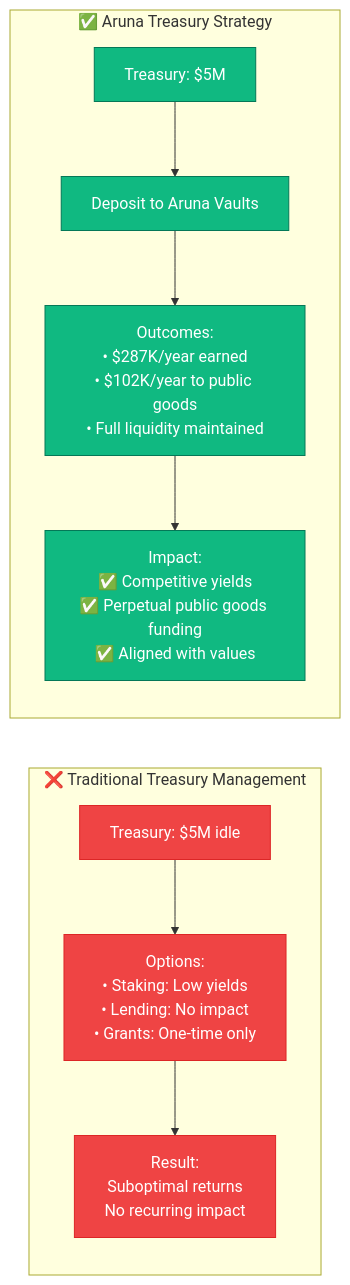
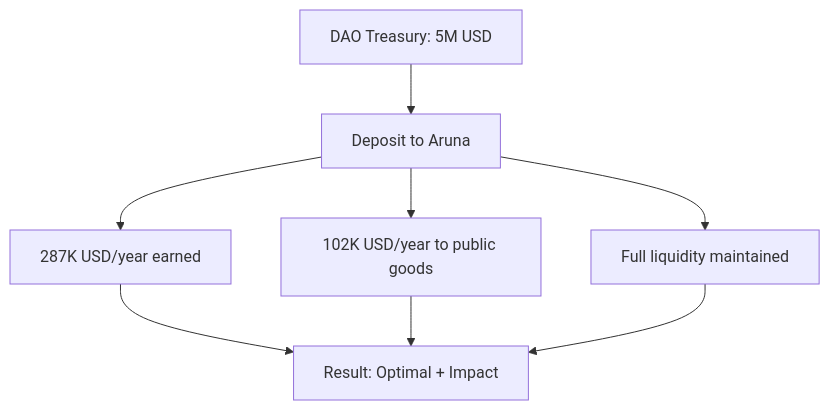
The fourth of 7 diagrams in docs/use-cases.md (yeheskieltame/Aruna), drawn with Mermaid before and after one commit. The commit also changed other lines of this file and 7 other files, not shown here.

````diff
--- a/docs/use-cases.md
+++ b/docs/use-cases.md
@@ -110,19 +99,8 @@
 ```mermaid
-graph LR
-    subgraph Traditional["❌ Traditional Treasury Management"]
-        T1[Treasury: $5M idle] --> T2[Options:<br/>• Staking: Low yields<br/>• Lending: No impact<br/>• Grants: One-time only]
-        T2 --> T3[Result:<br/>Suboptimal returns<br/>No recurring impact]
-    end
-
-    subgraph Aruna["✅ Aruna Treasury Strategy"]
-        A1[Treasury: $5M] --> A2[Deposit to Aruna Vaults]
-        A2 --> A3[Outcomes:<br/>• $287K/year earned<br/>• $102K/year to public goods<br/>• Full liquidity maintained]
-        A3 --> A4[Impact:<br/>✅ Competitive yields<br/>✅ Perpetual public goods funding<br/>✅ Aligned with values]
-    end
-
-    classDef traditionalClass fill:#EF4444,stroke:#DC2626,color:#fff
-    classDef arunaClass fill:#10B981,stroke:#047857,color:#fff
-
-    class T1,T2,T3 traditionalClass
-    class A1,A2,A3,A4 arunaClass
+graph TD
+    A[DAO Treasury: 5M USD] --> B[Deposit to Aruna]
+    B --> C[287K USD/year earned]
+    B --> D[102K USD/year to public goods]
+    B --> E[Full liquidity maintained]
+    C & D & E --> F[Result: Optimal + Impact]
 ```
````
